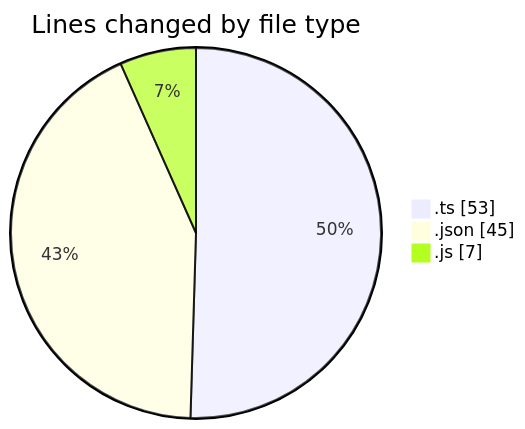
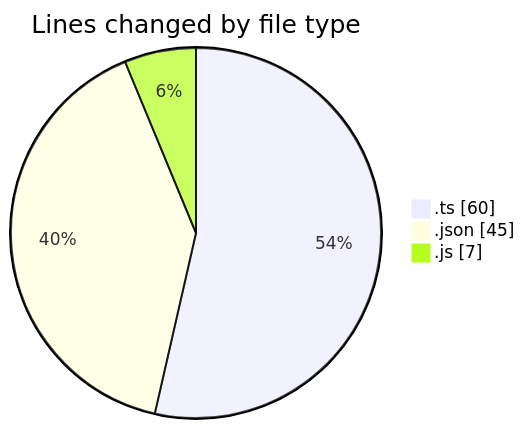
Before and after one commit to igalym/code-tracking: the first of 2 diagrams in 2026-03-02/typescript/README.md, drawn with Mermaid. The commit also changed other lines of this file and 1 other file, not shown here.

````diff
--- a/2026-03-02/typescript/README.md
+++ b/2026-03-02/typescript/README.md
@@ -23,7 +23,7 @@
 ```mermaid
 pie showData
 title Lines changed by file type
-".ts" : 53
+".ts" : 60
 ".json" : 45
 ".js" : 7
 ```
````
